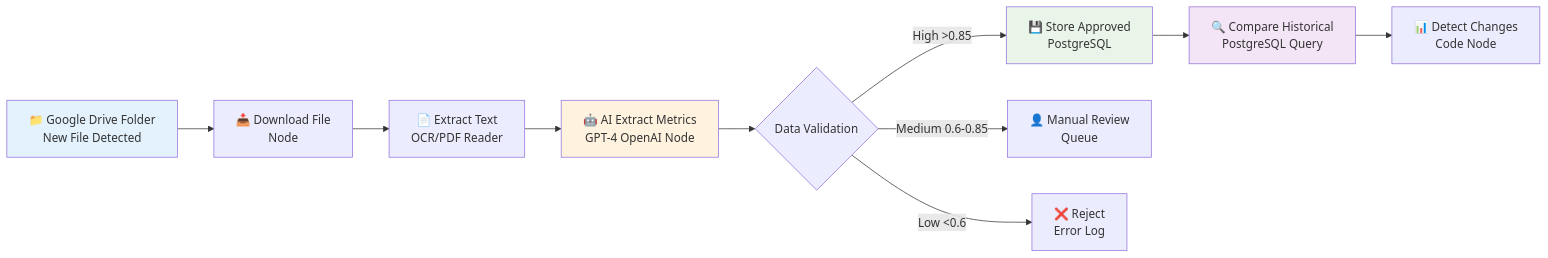
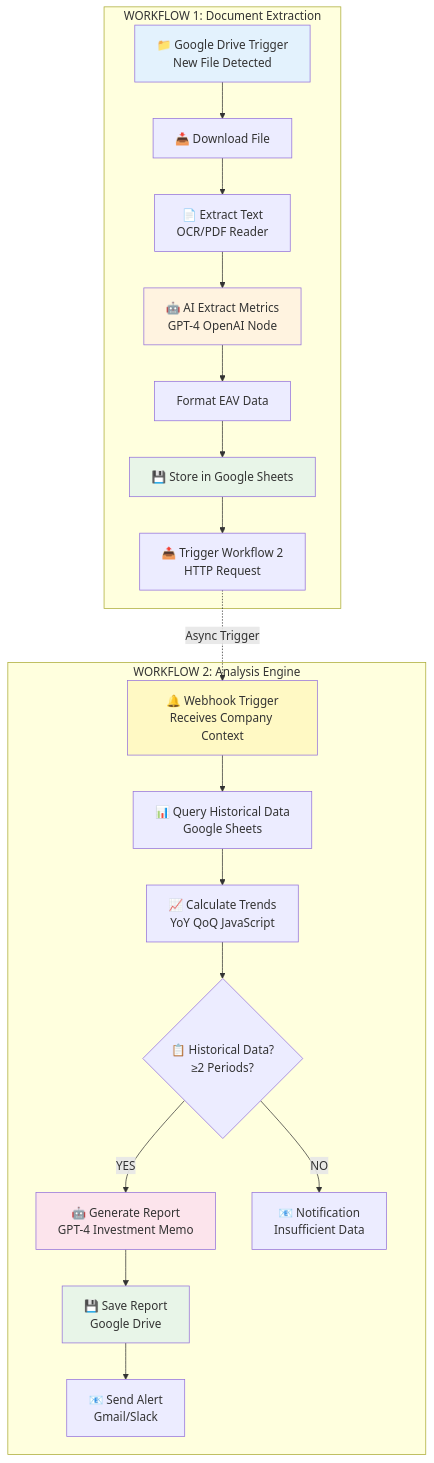
One commit to RandomStateLabs/pe-eval changed the diagram in docs/PLANNED_SYSTEM_ARCHITECTURE.md. Above: the diagram before and after it, drawn with Mermaid. The commit also changed other lines of this file, not shown here.

Commit message:
updated planning for next workflow steps

````diff
--- a/docs/PLANNED_SYSTEM_ARCHITECTURE.md
+++ b/docs/PLANNED_SYSTEM_ARCHITECTURE.md
@@ -17,19 +22,30 @@
 ```mermaid
-graph LR
-    A[📁 Google Drive Folder<br/>New File Detected] --> B[📥 Download File<br/>Node]
-    B --> C[📄 Extract Text<br/>OCR/PDF Reader]
-    C --> D[🤖 AI Extract Metrics<br/>GPT-4 OpenAI Node]
-    D --> F{Data Validation}
+graph TB
+    subgraph Workflow1[WORKFLOW 1: Document Extraction]
+        A[📁 Google Drive Trigger<br/>New File Detected] --> B[📥 Download File]
+        B --> C[📄 Extract Text<br/>OCR/PDF Reader]
+        C --> D[🤖 AI Extract Metrics<br/>GPT-4 OpenAI Node]
+        D --> E[Format EAV Data]
+        E --> F[💾 Store in Google Sheets]
+        F --> G[📤 Trigger Workflow 2<br/>HTTP Request]
+    end
 
-    F -->|High >0.85| G[💾 Store Approved<br/>PostgreSQL]
-    F -->|Medium 0.6-0.85| H[👤 Manual Review<br/>Queue]
-    F -->|Low <0.6| I[❌ Reject<br/>Error Log]
+    subgraph Workflow2[WORKFLOW 2: Analysis Engine]
+        H[🔔 Webhook Trigger<br/>Receives Company Context] --> I[📊 Query Historical Data<br/>Google Sheets]
+        I --> J[📈 Calculate Trends<br/>YoY QoQ JavaScript]
+        J --> K{📋 Historical Data?<br/>≥2 Periods?}
+        K -->|YES| L[🤖 Generate Report<br/>GPT-4 Investment Memo]
+        K -->|NO| M[📧 Notification<br/>Insufficient Data]
+        L --> N[💾 Save Report<br/>Google Drive]
+        N --> O[📧 Send Alert<br/>Gmail/Slack]
+    end
 
-    G --> J[🔍 Compare Historical<br/>PostgreSQL Query]
-    J --> K[📊 Detect Changes<br/>Code Node]
+    G -.->|Async Trigger| H
 
     style A fill:#e3f2fd
     style D fill:#fff3e0
-    style G fill:#e8f5e8
-    style J fill:#f3e5f5
+    style F fill:#e8f5e8
+    style H fill:#fff9c4
+    style L fill:#fce4ec
+    style N fill:#e8f5e8
 ```
````
